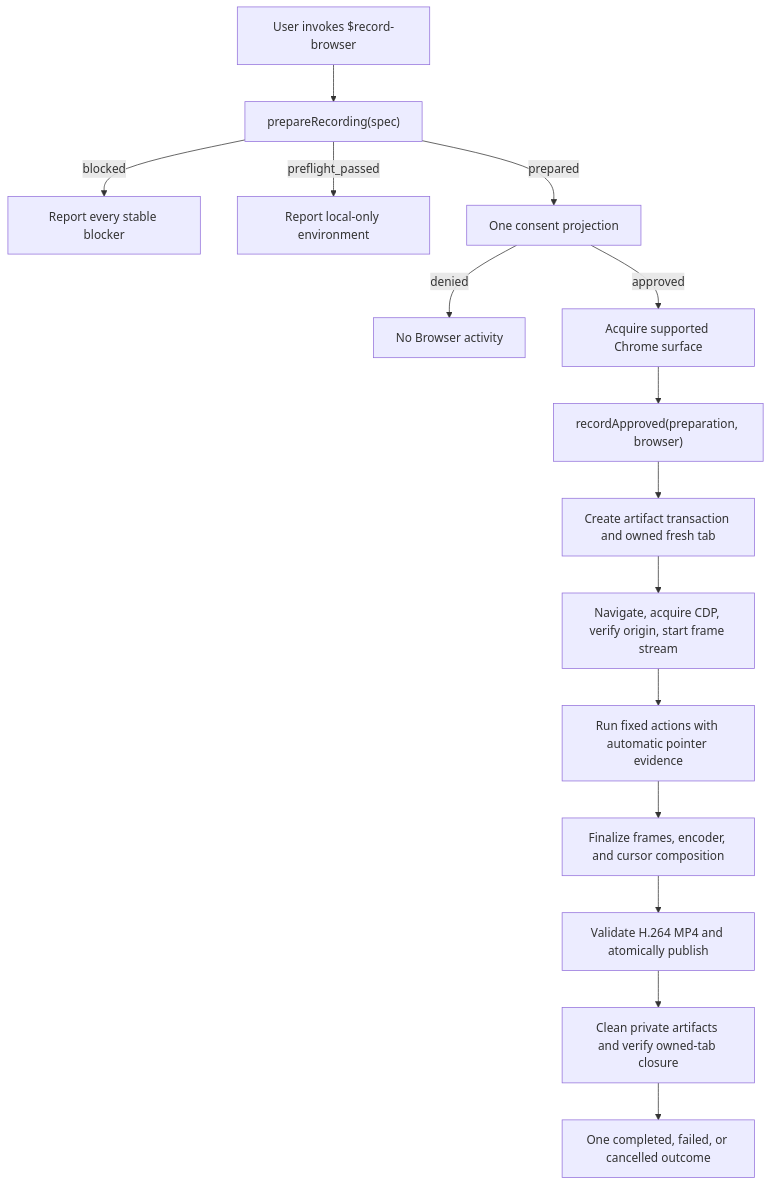
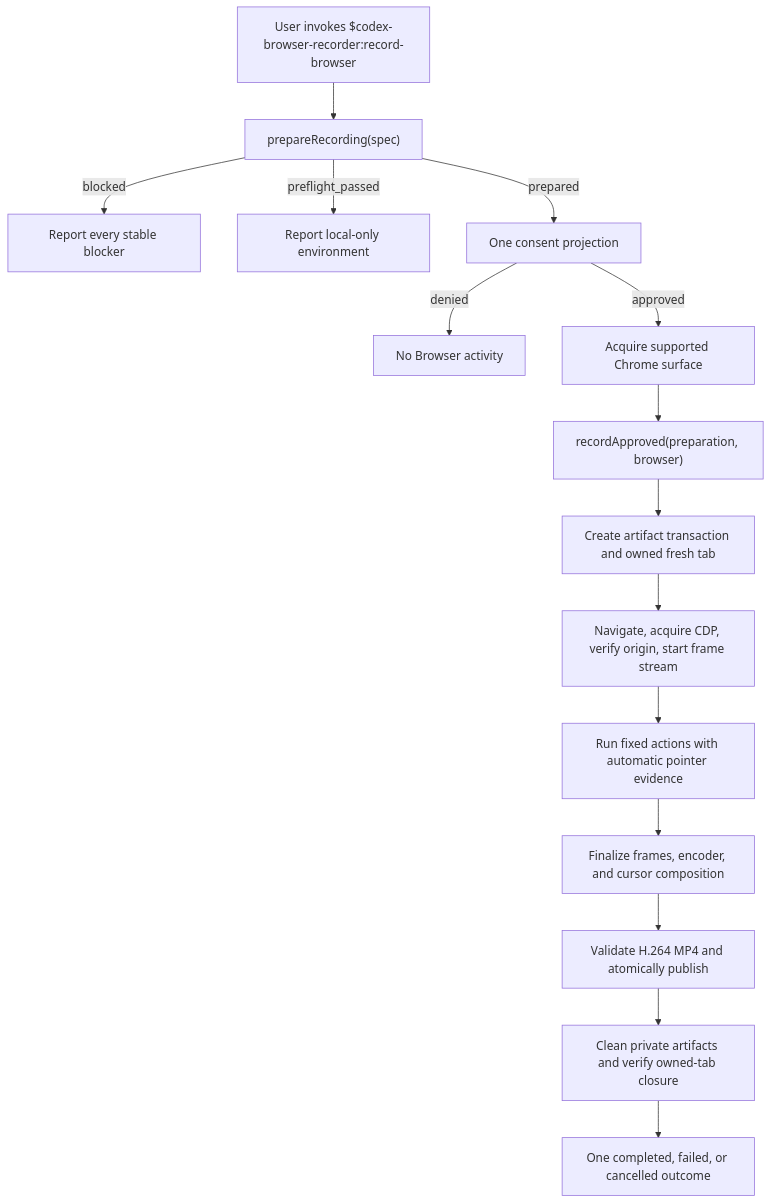
Before and after one commit to flsteven87/codex-browser-recorder: the diagram in docs/architecture.md, drawn with Mermaid. The commit also changed other lines of this file and 11 other files, not shown here.

````diff
--- a/docs/architecture.md
+++ b/docs/architecture.md
@@ -9,17 +9,17 @@
 ```mermaid
 flowchart TD
-  U["User invokes $record-browser"] --> P["prepareRecording(spec)"]
+  U["User invokes $codex-browser-recorder:record-browser"] --> P["prepareRecording(spec)"]
   P -->|"blocked"| F["Report every stable blocker"]
   P -->|"preflight_passed"| L["Report local-only environment"]
   P -->|"prepared"| C["One consent projection"]
   C -->|"denied"| N["No Browser activity"]
   C -->|"approved"| B["Acquire supported Chrome surface"]
   B --> R["recordApproved(preparation, browser)"]
   R --> T["Create artifact transaction and owned fresh tab"]
   T --> S["Navigate, acquire CDP, verify origin, start frame stream"]
   S --> A["Run fixed actions with automatic pointer evidence"]
   A --> M["Finalize frames, encoder, and cursor composition"]
   M --> V["Validate H.264 MP4 and atomically publish"]
   V --> X["Clean private artifacts and verify owned-tab closure"]
   X --> O["One completed, failed, or cancelled outcome"]
 ```
````
